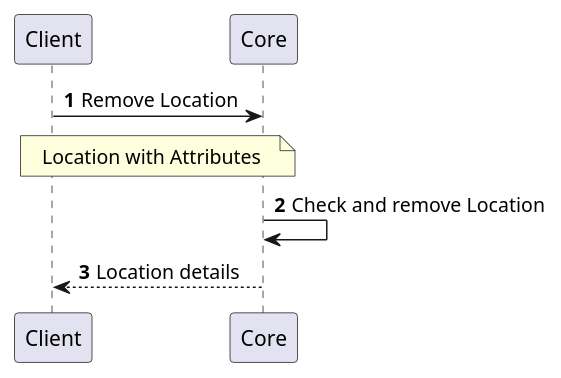
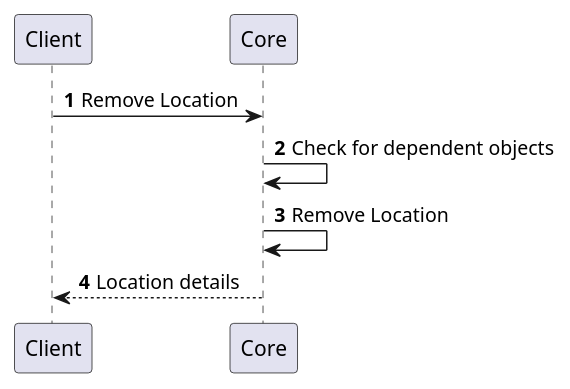
One commit to CZERTAINLY/CZERTAINLY-Documentation changed the eighth of 13 diagrams in docs/12-connectors/05-description/32-entity-provider.md. Above: the diagram before and after it, drawn with PlantUML. The commit also changed other lines of this file and 8 other files, not shown here.

First line of the commit message:
Update description of plantuml diagrams on the providers

````diff
--- a/docs/12-connectors/05-description/32-entity-provider.md
+++ b/docs/12-connectors/05-description/32-entity-provider.md
@@ -188,10 +149,10 @@
 ```plantuml
     @startuml
     autonumber
     skinparam topurl https://docs.czertainly.com/api/
         Client -> Core [[core-location/#tag/Location-Management-API/operation/removeLocation]]: Remove Location
-        note over Client,Core: Location with Attributes
-        Core -> Core: Check and remove Location
+        Core -> Core: Check for dependent objects
+        Core -> Core: Remove Location
         Core --> Client: Location details
     @enduml
 ```
````
